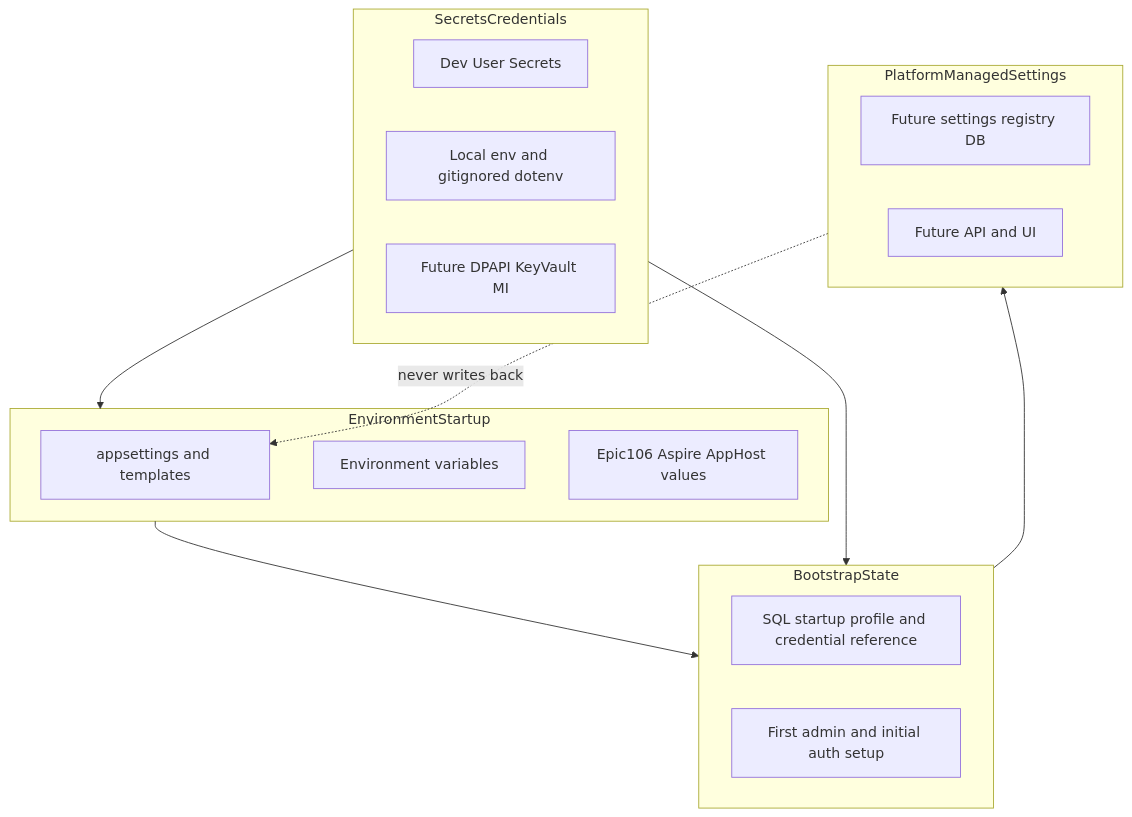
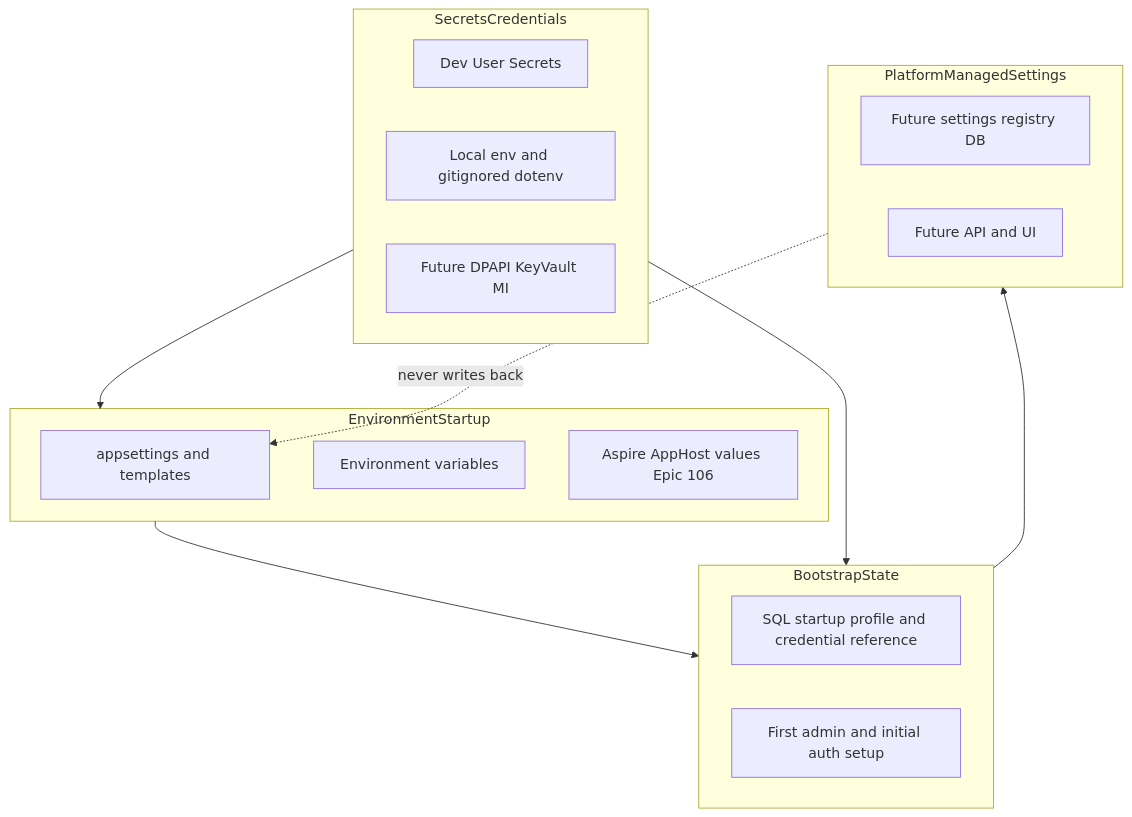
Before and after one commit to Intechral-Solutions/Apperture-Core: the diagram in docs/02-decisions/ADR-0039-environment-startup-bootstrap-and-platform-settings.md, drawn with Mermaid. The commit also changed other lines of this file and 10 other files, not shown here.

Commit message:
Epic 107: Post-Aspire setup, bootstrap, and settings reassessment

````diff
--- a/docs/02-decisions/ADR-0039-environment-startup-bootstrap-and-platform-settings.md
+++ b/docs/02-decisions/ADR-0039-environment-startup-bootstrap-and-platform-settings.md
@@ -30,26 +30,26 @@
 ```mermaid
 flowchart TB
   subgraph envLayer [EnvironmentStartup]
     AppSettings[appsettings and templates]
     EnvVars[Environment variables]
-    AspireLater[Epic106 Aspire AppHost values]
+    AspireAppHost[Aspire AppHost values Epic 106]
   end
   subgraph secretsLayer [SecretsCredentials]
     UserSecrets[Dev User Secrets]
     EnvLocal[Local env and gitignored dotenv]
     FutureVault[Future DPAPI KeyVault MI]
   end
   subgraph bootstrapLayer [BootstrapState]
     SqlProfile[SQL startup profile and credential reference]
     FirstAdmin[First admin and initial auth setup]
   end
   subgraph platformLayer [PlatformManagedSettings]
     Registry[Future settings registry DB]
     ApiUi[Future API and UI]
   end
   envLayer --> bootstrapLayer
   secretsLayer --> envLayer
   secretsLayer --> bootstrapLayer
   bootstrapLayer --> platformLayer
   platformLayer -.->|"never writes back"| AppSettings
 ```
````
